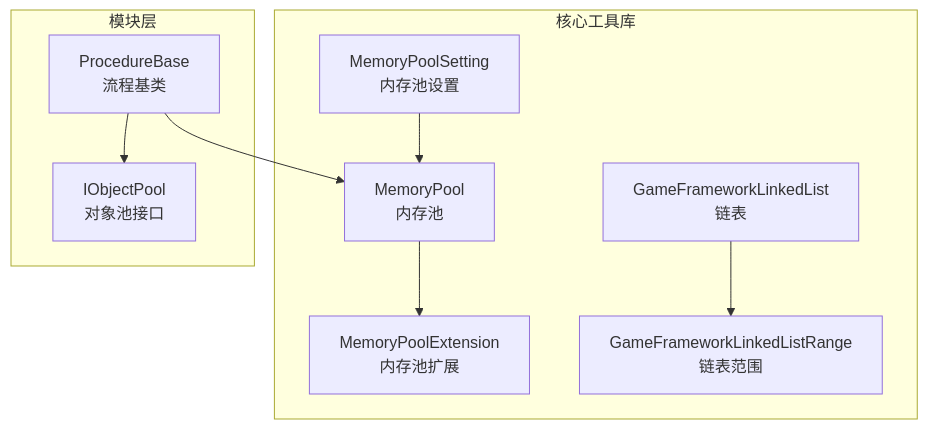
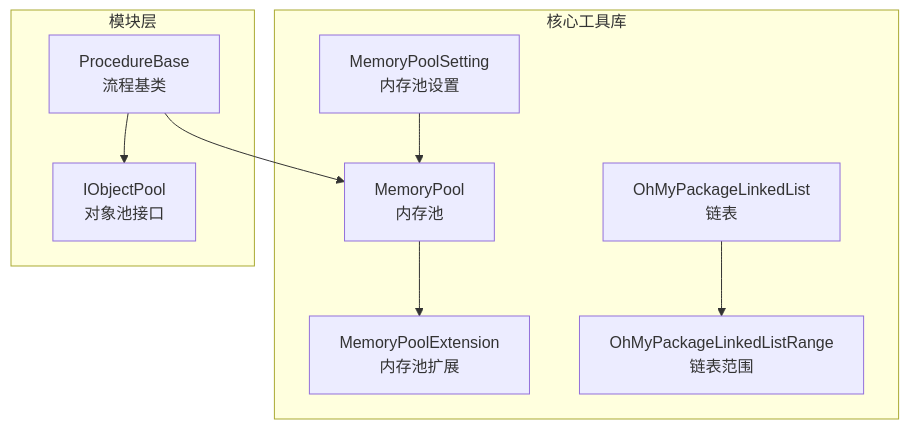
One commit to OxygenIsland/MyGame changed the first of 5 diagrams in repowiki/zh/content/性能优化/性能优化策略/性能优化策略.md. Above: the diagram before and after it, drawn with Mermaid. The commit also changed other lines of this file and 34 other files, not shown here.

````diff
--- a/repowiki/zh/content/性能优化/性能优化策略/性能优化策略.md
+++ b/repowiki/zh/content/性能优化/性能优化策略/性能优化策略.md
@@ -37,19 +37,19 @@
 ```mermaid
 graph TB
 subgraph "核心工具库"
 MP["MemoryPool<br/>内存池"]
 MPE["MemoryPoolExtension<br/>内存池扩展"]
 MPS["MemoryPoolSetting<br/>内存池设置"]
-GLL["GameFrameworkLinkedList<br/>链表"]
-GLLR["GameFrameworkLinkedListRange<br/>链表范围"]
+GLL["OhMyPackageLinkedList<br/>链表"]
+GLLR["OhMyPackageLinkedListRange<br/>链表范围"]
 end
 subgraph "模块层"
 PROC["ProcedureBase<br/>流程基类"]
 OBJPOOL["IObjectPool<br/>对象池接口"]
 end
 MP --> MPE
 MPS --> MP
 GLL --> GLLR
 PROC --> MP
 PROC --> OBJPOOL
 ```
````
